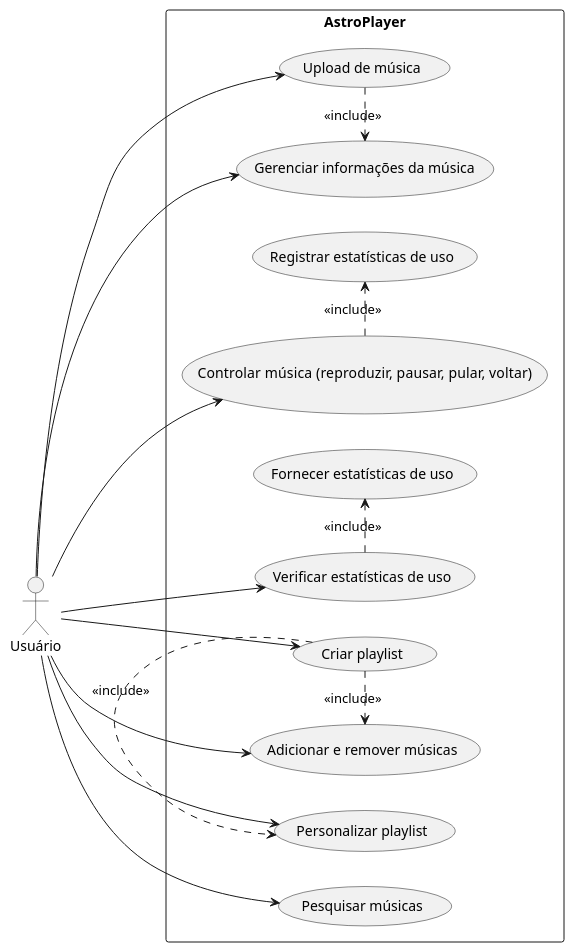
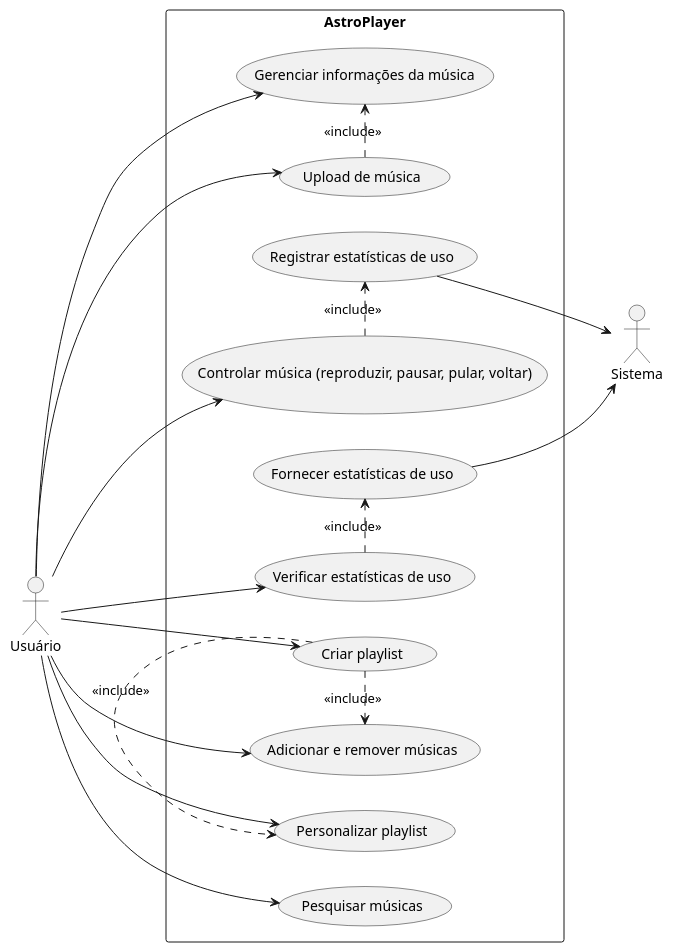
Before and after one commit to carloscardoso05/Astroplayer: the diagram in docs/UML_CasosDeUso.puml, drawn with PlantUML.

```diff
--- a/docs/UML_CasosDeUso.puml
+++ b/docs/UML_CasosDeUso.puml
@@ -1,32 +1,36 @@
-@startuml
+@startuml CasosDeUso
 left to right direction
-actor "Usuário" as fc
+actor "Usuário" as A1
+actor "Sistema" as A2 
 
 rectangle AstroPlayer {
   usecase "Upload de música" as UC1
   usecase "Gerenciar informações da música" as UC2
   usecase "Pesquisar músicas" as UC3
   usecase "Controlar música (reproduzir, pausar, pular, voltar)" as UC4
   usecase "Criar playlist" as UC5
   usecase "Personalizar playlist" as UC6
   usecase "Adicionar e remover músicas" as UC7
   usecase "Verificar estatísticas de uso" as UC9
   usecase "Registrar estatísticas de uso" as UC10
   usecase "Fornecer estatísticas de uso" as UC11
 
   (UC1) .> (UC2) : <<include>>
   (UC4) .> (UC10) : <<include>> 
   (UC9) .> (UC11) : <<include>> 
   (UC5) .> (UC7) : <<include>>  
   (UC5) .> (UC6) : <<include>>  
 }
 
-fc --> UC1
-fc --> UC2
-fc --> UC3
-fc --> UC4
-fc --> UC5
-fc --> UC6
-fc --> UC7
-fc --> UC9
+A1 --> UC1
+A1 --> UC2
+A1 --> UC3
+A1 --> UC4
+A1 --> UC5
+A1 --> UC6
+A1 --> UC7
+A1 --> UC9
+
+UC10 --> A2
+UC11 --> A2
 @enduml
```
